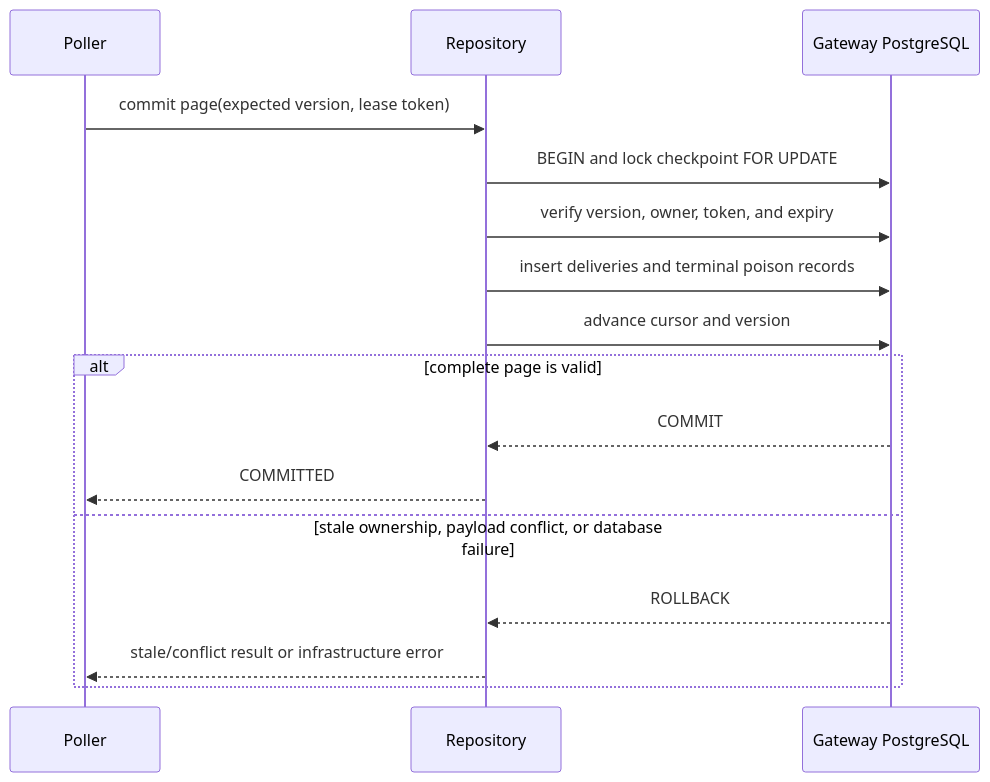
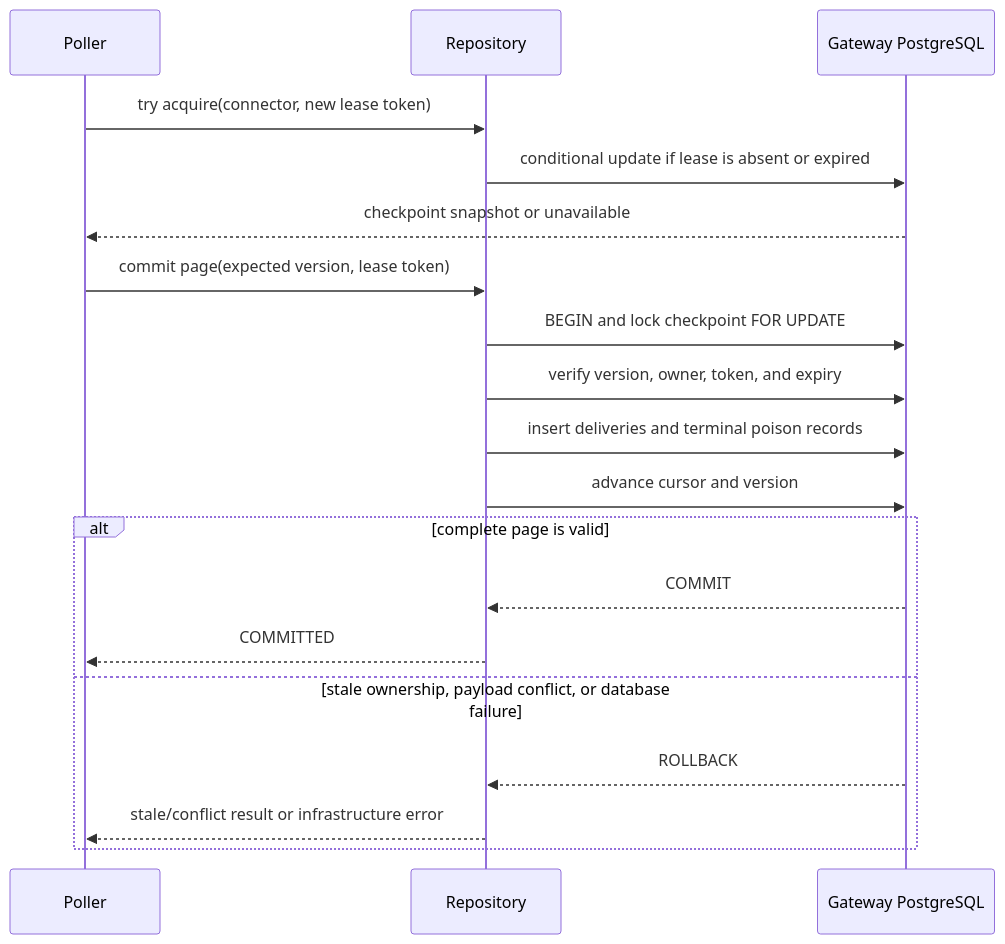
Before and after one commit to PietroRussoD/commerce-integration-hub: the first of 5 diagrams in docs/gateway-delivery-lifecycle.md, drawn with Mermaid. The commit also changed other lines of this file and 7 other files, not shown here.

````diff
--- a/docs/gateway-delivery-lifecycle.md
+++ b/docs/gateway-delivery-lifecycle.md
@@ -38,19 +38,22 @@
 ```mermaid
 sequenceDiagram
     participant Poller
     participant Repository
     participant DB as Gateway PostgreSQL
 
+    Poller->>Repository: try acquire(connector, new lease token)
+    Repository->>DB: conditional update if lease is absent or expired
+    DB-->>Poller: checkpoint snapshot or unavailable
     Poller->>Repository: commit page(expected version, lease token)
     Repository->>DB: BEGIN and lock checkpoint FOR UPDATE
     Repository->>DB: verify version, owner, token, and expiry
     Repository->>DB: insert deliveries and terminal poison records
     Repository->>DB: advance cursor and version
     alt complete page is valid
         DB-->>Repository: COMMIT
         Repository-->>Poller: COMMITTED
     else stale ownership, payload conflict, or database failure
         DB-->>Repository: ROLLBACK
         Repository-->>Poller: stale/conflict result or infrastructure error
     end
 ```
````
